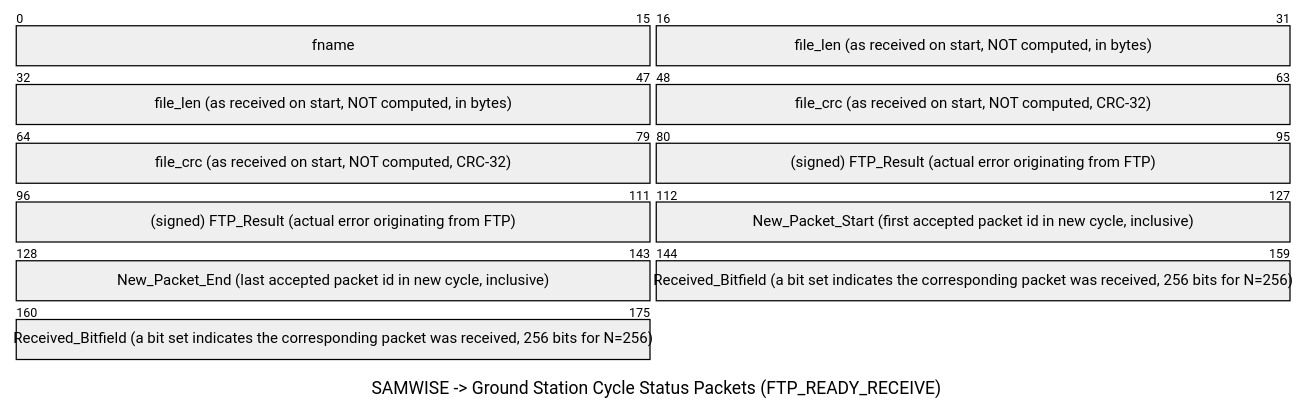
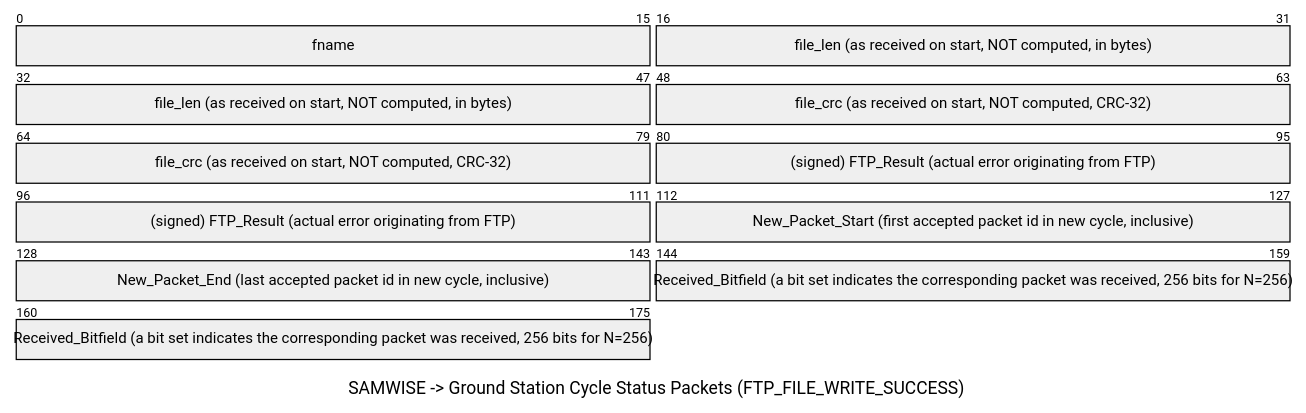
The seventh of 11 diagrams in src/tasks/ftp/README.md (stanford-ssi/samwise-flight-software), drawn with Mermaid before and after one commit. The commit also changed other lines of this file, not shown here.

Commit message:
fixed FTP_FILE_WRITE_SUCCESS, added actual status codes for FTP packets

````diff
--- a/src/tasks/ftp/README.md
+++ b/src/tasks/ftp/README.md
@@ -362,13 +391,13 @@
 ```mermaid
 ---
-title: SAMWISE -> Ground Station Cycle Status Packets (FTP_READY_RECEIVE)
+title: SAMWISE -> Ground Station Cycle Status Packets (FTP_FILE_WRITE_SUCCESS)
 ---
 packet
 +16: "fname"
 +32: "file_len (as received on start, NOT computed, in bytes)"
 +32: "file_crc (as received on start, NOT computed, CRC-32)"
 +32: "(signed) FTP_Result (actual error originating from FTP)"
 +16: "New_Packet_Start (first accepted packet id in new cycle, inclusive)"
 +16: "New_Packet_End (last accepted packet id in new cycle, inclusive)"
 +32: "Received_Bitfield (a bit set indicates the corresponding packet was received, 256 bits for N=256)"
 ```
````
